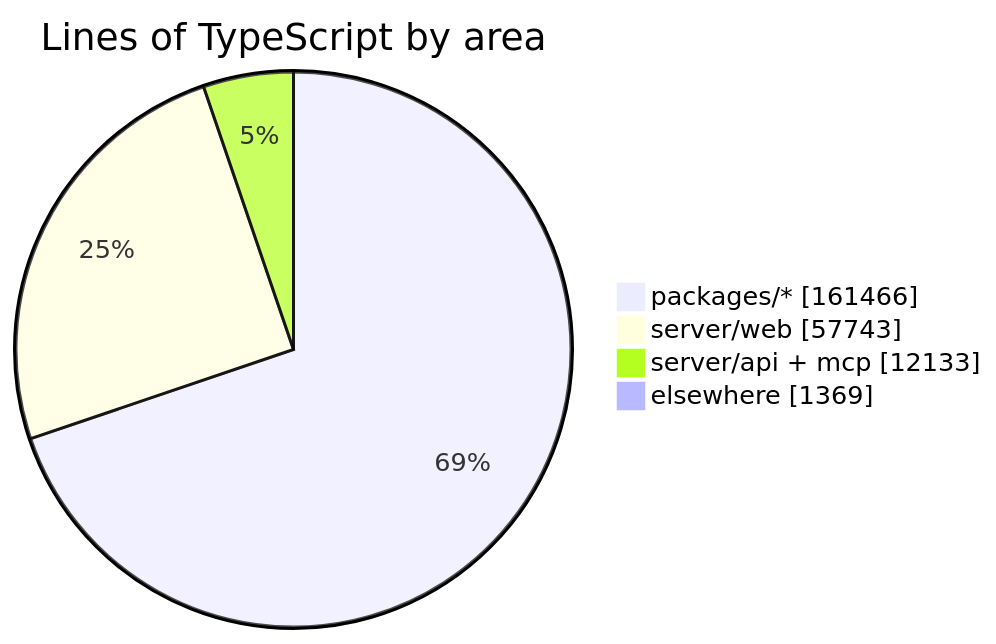
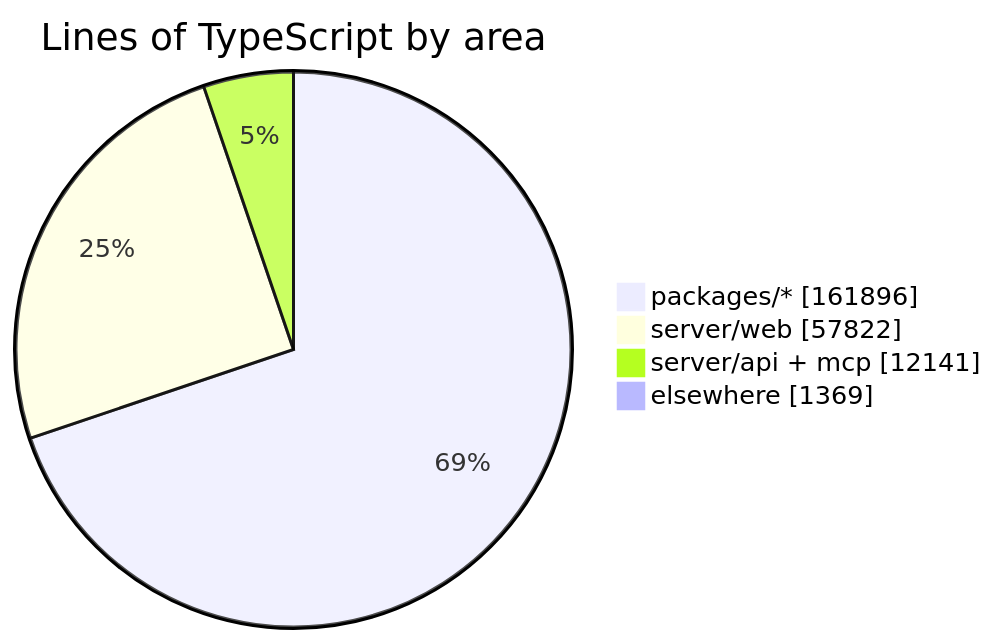
Before and after one commit to crossworks-engineering/mantle: the diagram in README.md, drawn with Mermaid. The commit also changed other lines of this file and 2 other files, not shown here.

````diff
--- a/README.md
+++ b/README.md
@@ -279,7 +279,7 @@
 ```mermaid
 pie showData title Lines of TypeScript by area
-    "packages/*" : 161466
-    "server/web" : 57743
-    "server/api + mcp" : 12133
+    "packages/*" : 161896
+    "server/web" : 57822
+    "server/api + mcp" : 12141
     "elsewhere" : 1369
 ```
````
